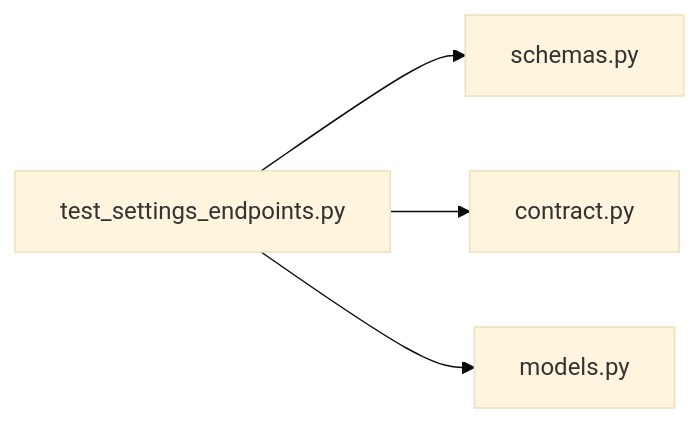
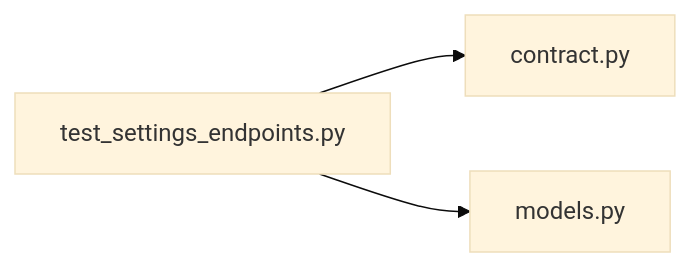
Before and after one commit to minkong-dev/Banblit: the diagram in .cluedoc/graph/backend/tests/integration/db/test_settings_endpoints.md, drawn with Mermaid (base theme). The commit also changed other lines of this file and 48 other files, not shown here.

````diff
--- a/.cluedoc/graph/backend/tests/integration/db/test_settings_endpoints.md
+++ b/.cluedoc/graph/backend/tests/integration/db/test_settings_endpoints.md
@@ -10,7 +10,6 @@
 ```mermaid
 flowchart LR
   backend_tests_integration_db_test_settings_endpoints["test_settings_endpoints.py"]
-  backend_tests_integration_db_test_settings_endpoints --> backend_src_backend_api_schemas["schemas.py"]
   backend_tests_integration_db_test_settings_endpoints --> backend_src_backend_contract["contract.py"]
   backend_tests_integration_db_test_settings_endpoints --> backend_src_backend_db_models["models.py"]
 ```
````
